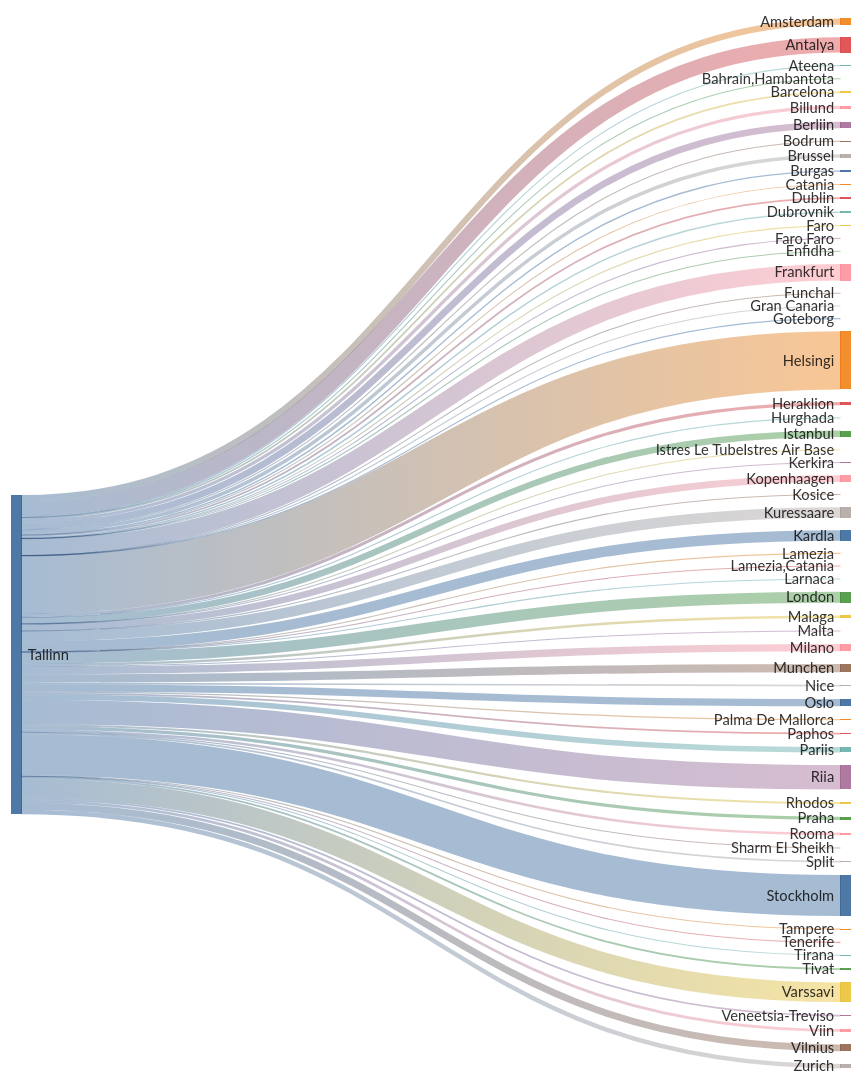
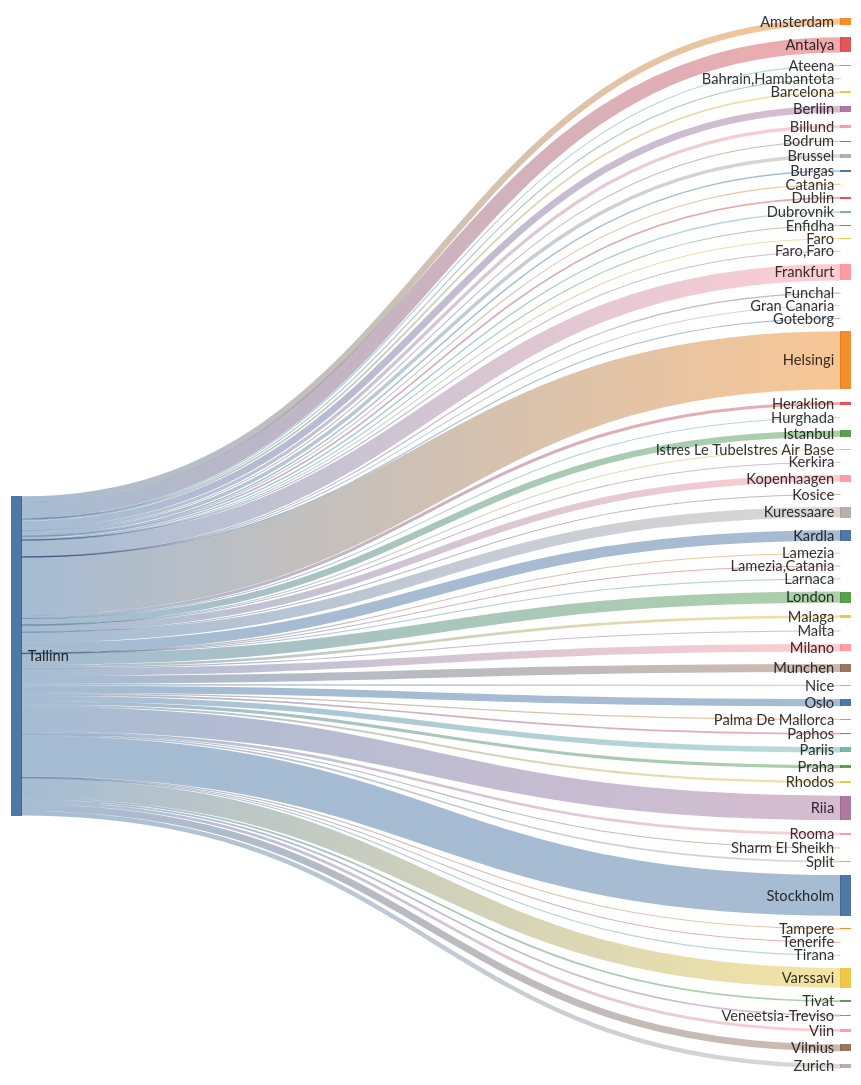
The second of 2 diagrams in README.md (rainermesi/tll-airport-departures), drawn with Mermaid before and after one commit. The commit also changed other lines of this file, not shown here.

````diff
--- a/README.md
+++ b/README.md
@@ -34,72 +34,72 @@
 ```mermaid
 ---
 config:
   sankey:
     showValues: false
     width: 800
     height: 1000
 ---
 sankey-beta
 %% source,target,value
-Tallinn,Amsterdam,93
-Tallinn,Antalya,229
+Tallinn,Amsterdam,95
+Tallinn,Antalya,230
 Tallinn,Ateena,16
 Tallinn,"Bahrain,Hambantota",1
 Tallinn,Barcelona,27
-Tallinn,Berliin,100
+Tallinn,Berliin,101
 Tallinn,Billund,49
 Tallinn,Bodrum,11
 Tallinn,Brussel,53
 Tallinn,Burgas,21
 Tallinn,Catania,2
 Tallinn,Dublin,26
 Tallinn,Dubrovnik,21
 Tallinn,Enfidha,7
 Tallinn,Faro,4
 Tallinn,"Faro,Faro",1
-Tallinn,Frankfurt,247
+Tallinn,Frankfurt,250
 Tallinn,Funchal,2
 Tallinn,Gran Canaria,2
 Tallinn,Goteborg,1
-Tallinn,Helsingi,874
+Tallinn,Helsingi,881
 Tallinn,Heraklion,46
 Tallinn,Hurghada,4
-Tallinn,Istanbul,96
+Tallinn,Istanbul,97
 Tallinn,Istres Le TubeIstres Air Base,2
 Tallinn,Kerkira,4
-Tallinn,Kopenhaagen,101
+Tallinn,Kopenhaagen,102
 Tallinn,Kosice,1
-Tallinn,Kuressaare,157
-Tallinn,Kardla,157
+Tallinn,Kuressaare,159
+Tallinn,Kardla,159
 Tallinn,Lamezia,1
 Tallinn,"Lamezia,Catania",3
 Tallinn,Larnaca,4
-Tallinn,London,167
-Tallinn,Malaga,38
+Tallinn,London,169
+Tallinn,Malaga,39
 Tallinn,Malta,13
-Tallinn,Milano,111
+Tallinn,Milano,112
 Tallinn,Munchen,123
 Tallinn,Nice,25
-Tallinn,Oslo,109
+Tallinn,Oslo,110
 Tallinn,Palma De Mallorca,19
-Tallinn,Paphos,25
-Tallinn,Pariis,82
+Tallinn,Paphos,26
+Tallinn,Pariis,83
 Tallinn,Praha,49
 Tallinn,Rhodos,32
-Tallinn,Riia,365
+Tallinn,Riia,369
 Tallinn,Rooma,39
-Tallinn,Sharm El Sheikh,6
+Tallinn,Sharm El Sheikh,7
 Tallinn,Split,25
-Tallinn,Stockholm,614
+Tallinn,Stockholm,616
 Tallinn,Tampere,17
-Tallinn,Tenerife,2
+Tallinn,Tenerife,3
 Tallinn,Tirana,8
 Tallinn,Tivat,26
-Tallinn,Varssavi,294
-Tallinn,Veneetsia-Treviso,26
-Tallinn,Viin,42
+Tallinn,Varssavi,298
+Tallinn,Veneetsia-Treviso,27
+Tallinn,Viin,43
 Tallinn,Vilnius,104
 Tallinn,Zurich,68
 
 
 ```
````
